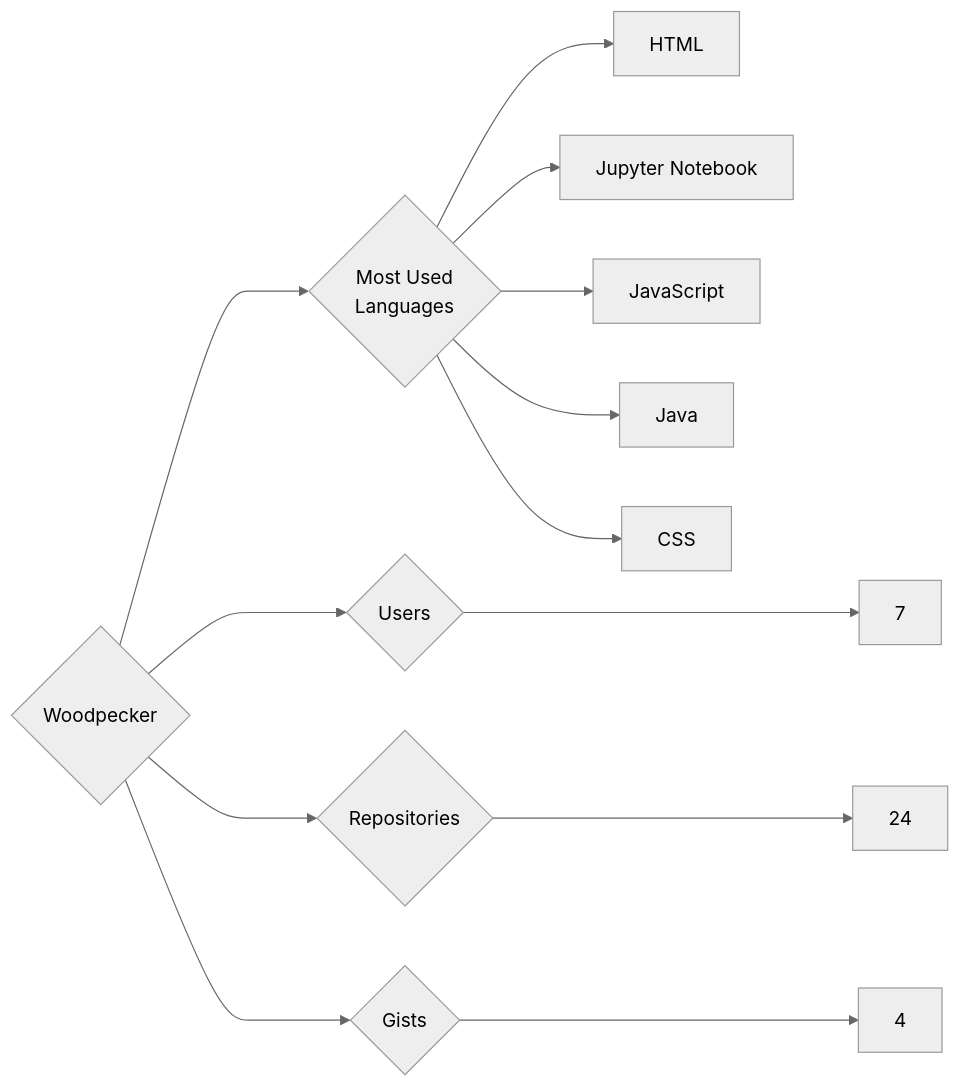
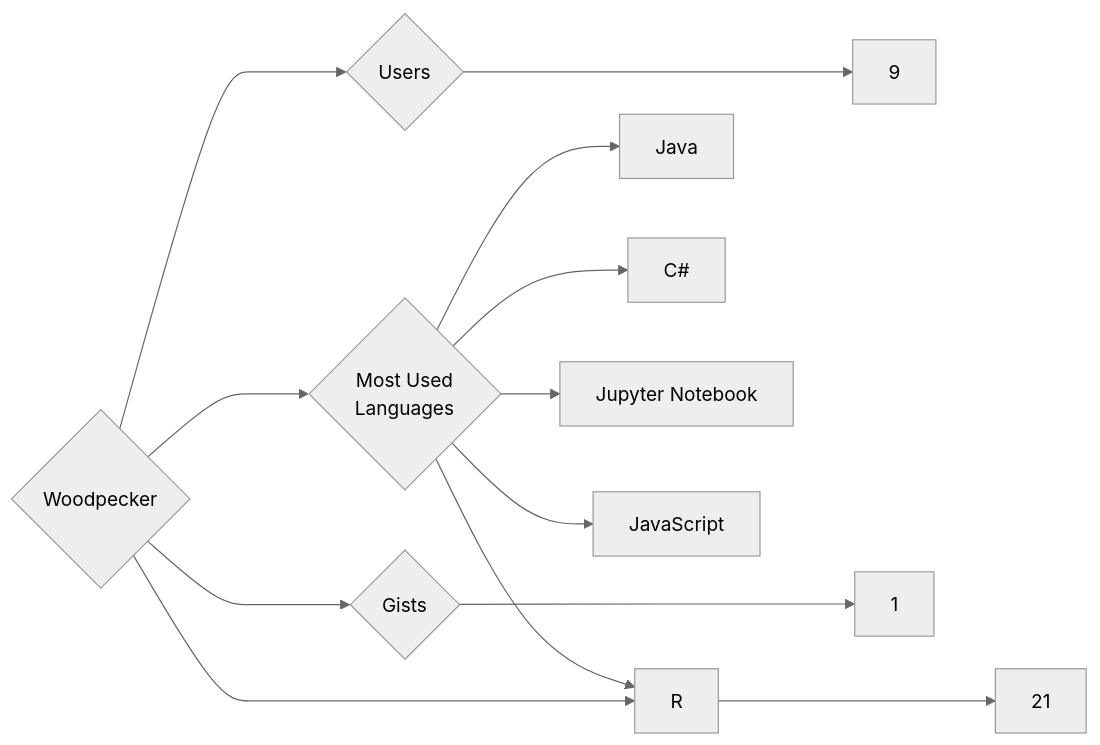
The diagram in targets/Woodpecker/README.md (trickest/insiders), drawn with Mermaid (neutral theme) before and after one commit. The commit also changed 748 other files, not shown here.

````diff
--- a/targets/Woodpecker/README.md
+++ b/targets/Woodpecker/README.md
@@ -3,13 +3,13 @@
 ```mermaid
 graph LR
 COMPANY_NAME{Woodpecker}
-COMPANY_NAME ---> U{Users} ---> UN[7]
-COMPANY_NAME ---> R{Repositories} ---> RN[24]
-COMPANY_NAME ---> G{Gists} ---> GN[4]
+COMPANY_NAME ---> U{Users} ---> UN[9]
+COMPANY_NAME ---> R{Repositories} ---> RN[21]
+COMPANY_NAME ---> G{Gists} ---> GN[1]
 COMPANY_NAME ---> ML{Most Used<br>Languages}
-ML --> HTML[HTML]
+ML --> Java[Java]
+ML --> C#[C#]
 ML --> Jupyter_Notebook[Jupyter Notebook]
 ML --> JavaScript[JavaScript]
-ML --> Java[Java]
-ML --> CSS[CSS]
+ML --> R[R]
 ```
````
